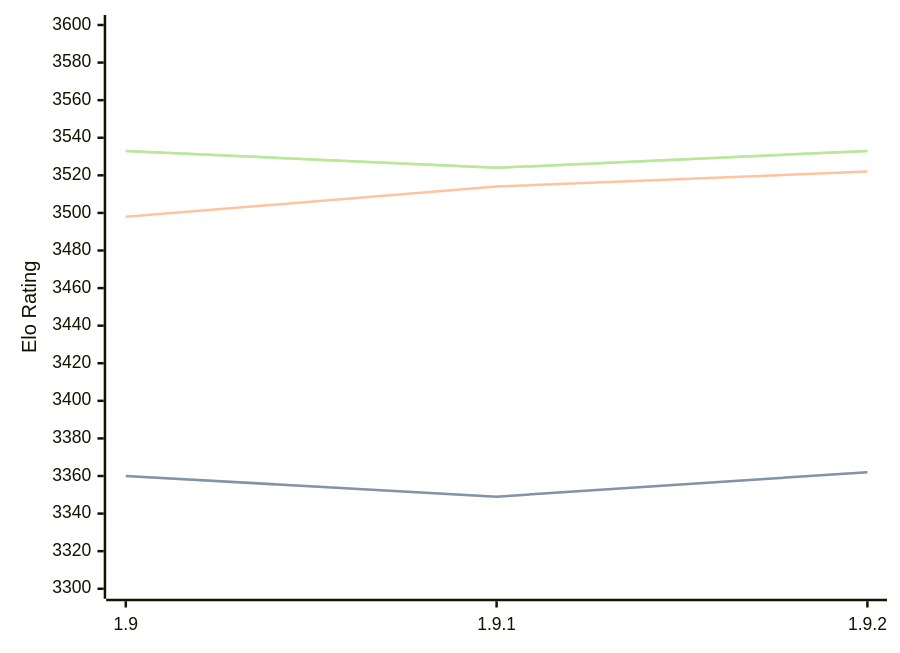
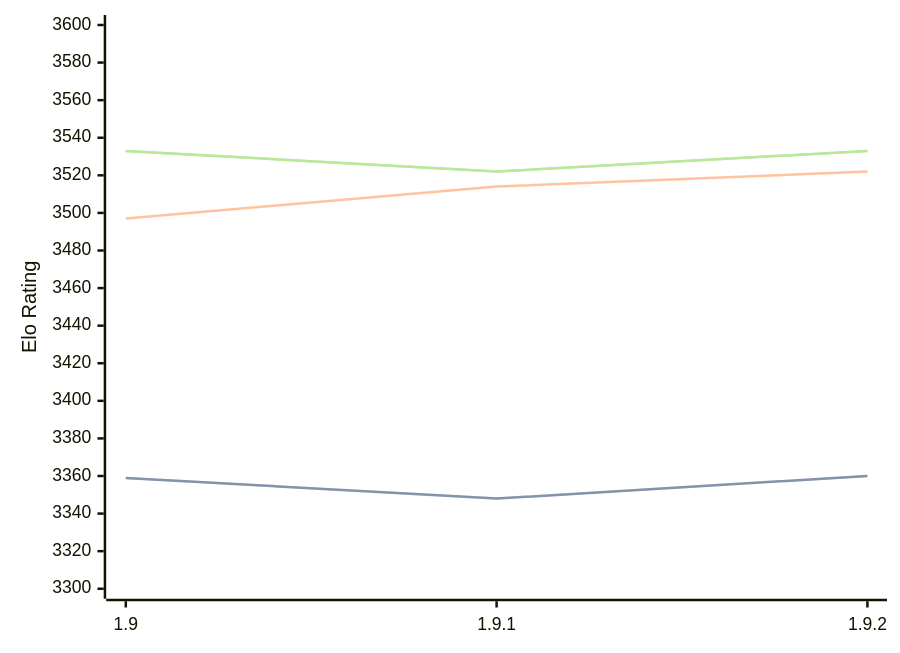
One commit to computer-chess-index/cci changed the first of 3 diagrams in engines/Pawnocchio.md. Above: the diagram before and after it, drawn with Mermaid. The commit also changed other lines of this file, not shown here.

Commit message:
Update CCI Ratings (ELO VLTC) - 2026-06-19

````diff
--- a/engines/Pawnocchio.md
+++ b/engines/Pawnocchio.md
@@ -48,11 +48,11 @@
 ```mermaid
 %%{init: {"theme":"base","themeVariables":{"seriesColors:['#a3a3a3','#222221','#faa371']}}}%%
 xychart-beta
   x-axis ["1.9", "1.9.1", "1.9.2"]
   y-axis "Elo Rating" 3300 --> 3600
-  line "STC (8.0+0.08s)" [3360, 3349, 3362]
-  line "STC (8.0+0.08s)" [3360, 3349, 3362]
-  line "LTC (60.0+0.60s)" [3498, 3514, 3522]
-  line "VLTC (2m24s+1.12s)" [3533, 3524, 3533]
-  line "VLTC (2m24s+1.12s)" [3533, 3524, 3533]
+  line "STC (8.0+0.08s)" [3359, 3348, 3360]
+  line "STC (8.0+0.08s)" [3359, 3348, 3360]
+  line "LTC (60.0+0.60s)" [3497, 3514, 3522]
+  line "VLTC (2m24s+1.12s)" [3533, 3522, 3533]
+  line "VLTC (2m24s+1.12s)" [3533, 3522, 3533]
 ```
````
